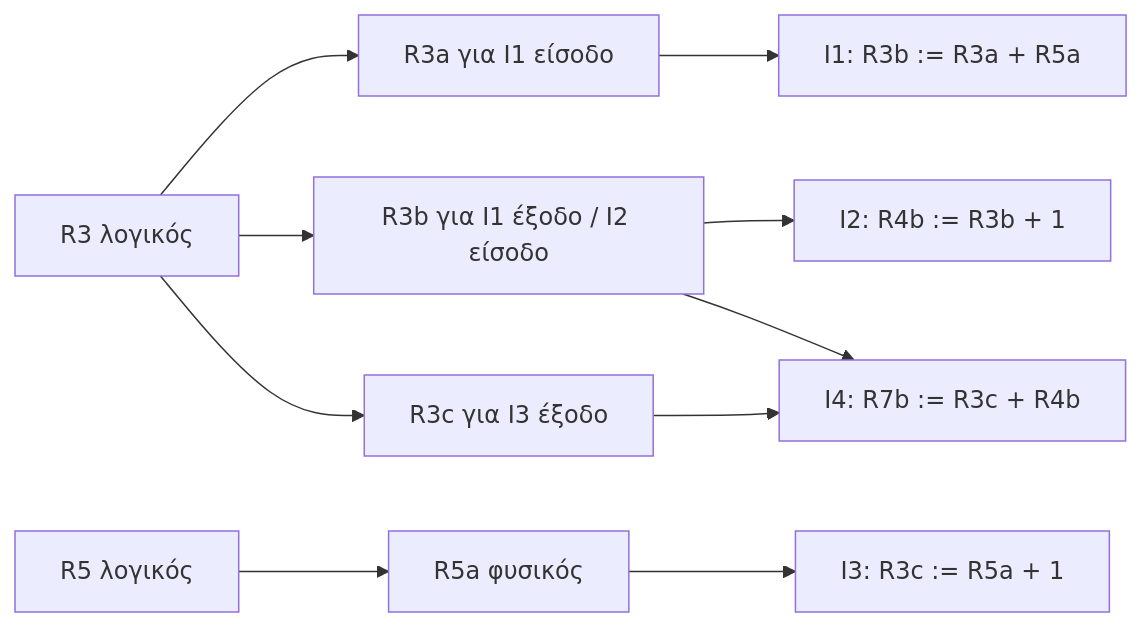
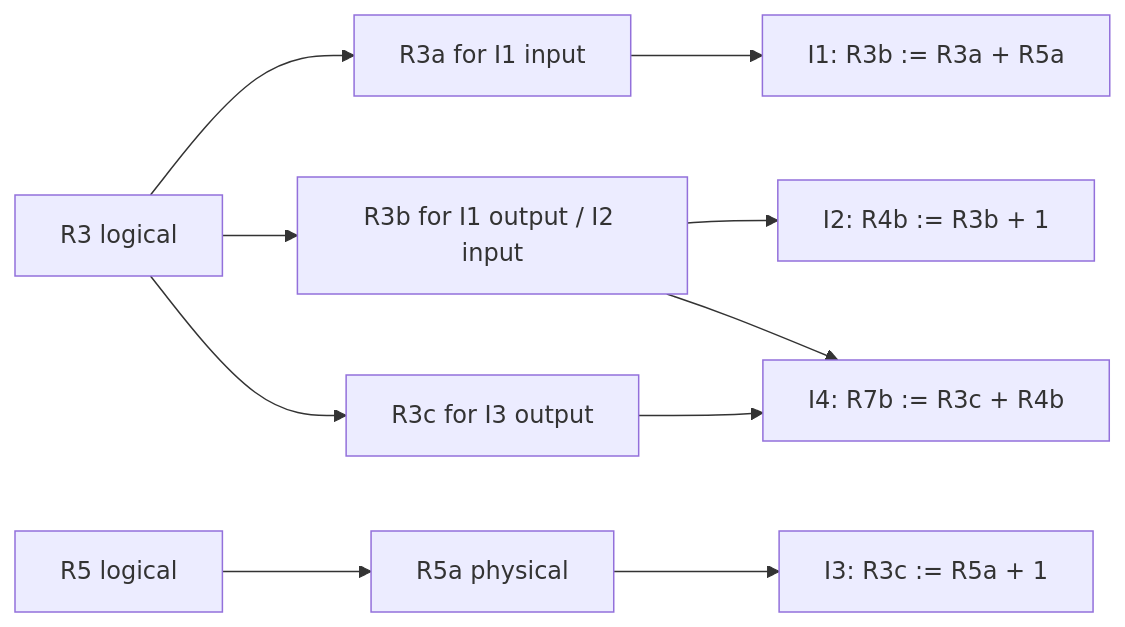
Before and after one commit to PanagopoulosNikolaos/DitOpenNotes: the sixth of 11 diagrams in Year_2/Semester_3/COMPUTER_ARCHITECTURE/Resources/Notes/Superscalar-Processors-Notes-9.md, drawn with Mermaid. The commit also changed other lines of this file and 50 other files, not shown here.

````diff
--- a/Year_2/Semester_3/COMPUTER_ARCHITECTURE/Resources/Notes/Superscalar-Processors-Notes-9.md
+++ b/Year_2/Semester_3/COMPUTER_ARCHITECTURE/Resources/Notes/Superscalar-Processors-Notes-9.md
@@ -336,14 +336,14 @@
 ```mermaid
 flowchart LR
-    L[R3 λογικός] --> A[R3a για I1 είσοδο]
-    L --> B[R3b για I1 έξοδο / I2 είσοδο]
-    L --> C[R3c για I3 έξοδο]
+    L[R3 logical] --> A[R3a for I1 input]
+    L --> B[R3b for I1 output / I2 input]
+    L --> C[R3c for I3 output]
 
-    R5[R5 λογικός] --> R5a[R5a φυσικός]
+    R5[R5 logical] --> R5a[R5a physical]
 
     A --> I1[I1: R3b := R3a + R5a]
     B --> I2[I2: R4b := R3b + 1]
     R5a --> I3[I3: R3c := R5a + 1]
     B --> I4[I4: R7b := R3c + R4b]
     C --> I4
 ```
````
